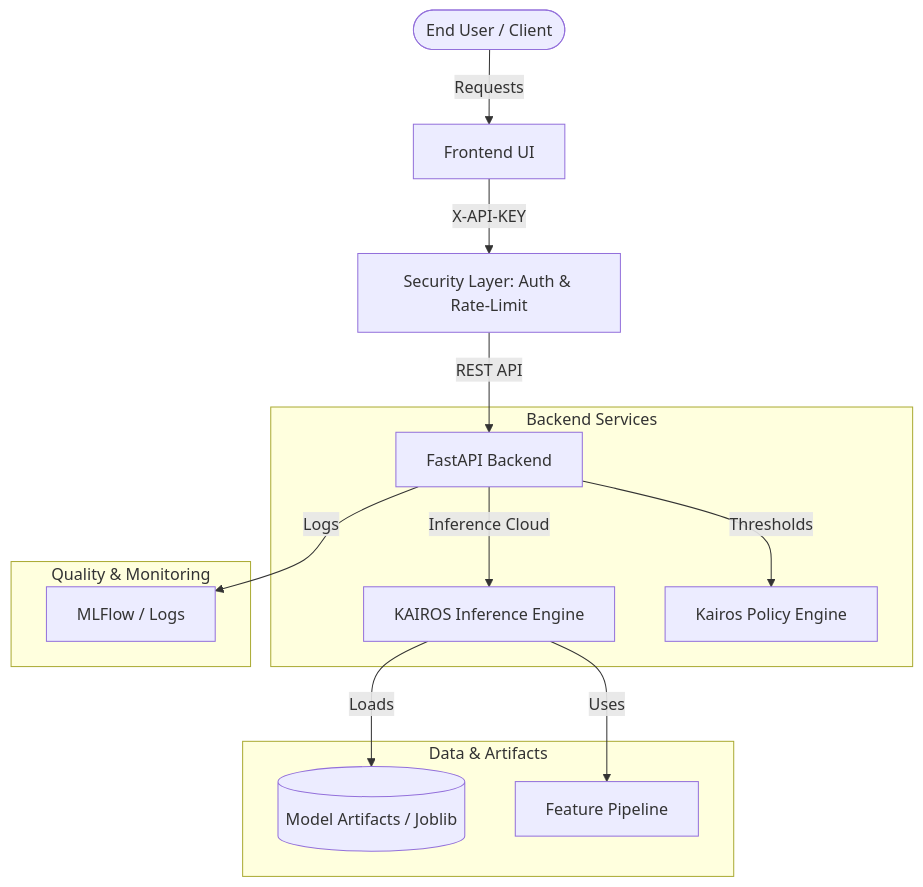
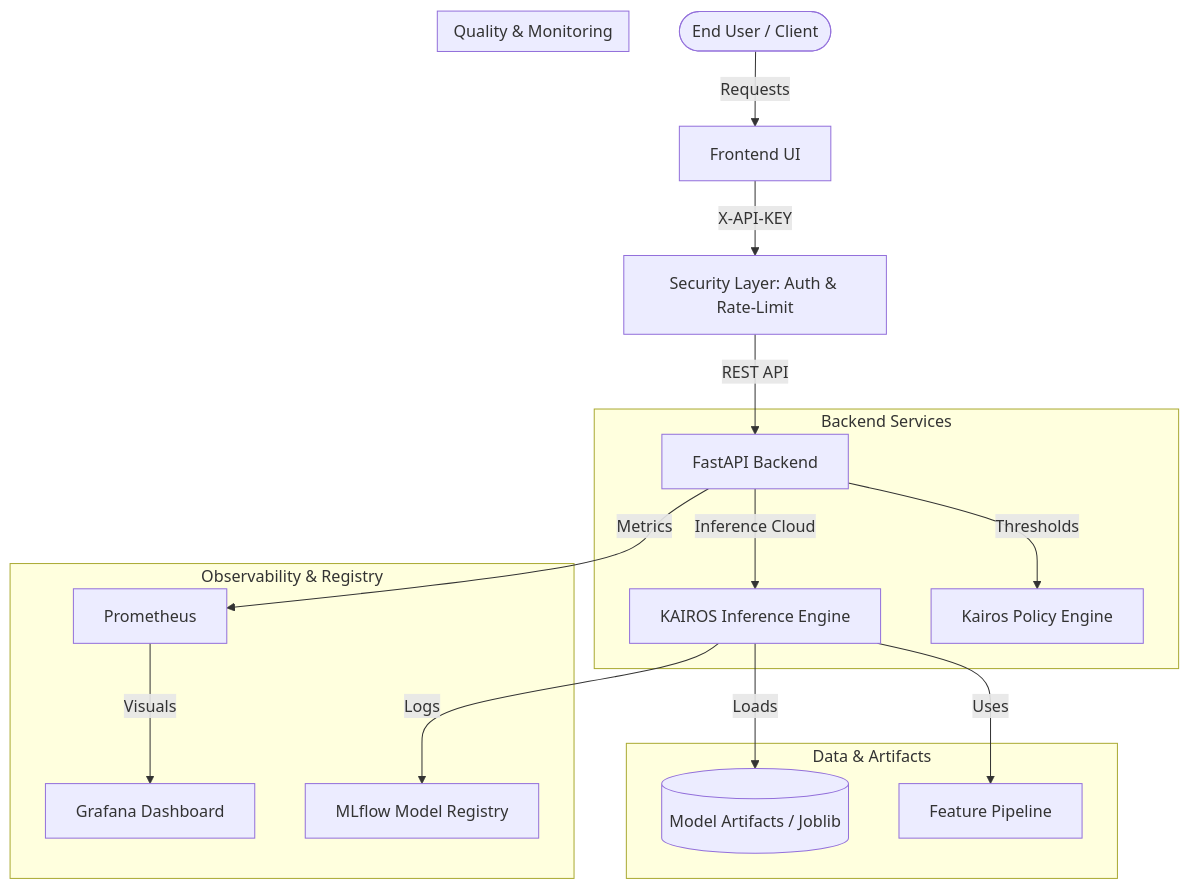
The first of 2 diagrams in docs/ARCHITECTURE.md (AbhijitMore/kairos), drawn with Mermaid before and after one commit. The commit also changed 5 other files, not shown here.

First line of the commit message:
feat: implement real-time observability with Prometheus and Grafana

````diff
--- a/docs/ARCHITECTURE.md
+++ b/docs/ARCHITECTURE.md
@@ -11,20 +11,26 @@
 ```mermaid
 graph TD
     User([End User / Client]) -->|Requests| Frontend[Frontend UI]
     Frontend -->|X-API-KEY| Security[Security Layer: Auth & Rate-Limit]
     Security -->|REST API| Backend[FastAPI Backend]
 
     subgraph "Backend Services"
         Backend -->|Inference Cloud| Engine[KAIROS Inference Engine]
         Backend -->|Thresholds| Policy[Kairos Policy Engine]
     end
 
     subgraph "Data & Artifacts"
         Engine -->|Loads| Artifacts[(Model Artifacts / Joblib)]
         Engine -->|Uses| Pipeline[Feature Pipeline]
     end
 
+    subgraph "Observability & Registry"
+        Backend -->|Metrics| Prometheus[Prometheus]
+        Prometheus -->|Visuals| Grafana[Grafana Dashboard]
+        Engine -->|Logs| MLflow[MLflow Model Registry]
+    end
+
     subgraph "Quality & Monitoring"
-        Backend -->|Logs| Tracker[MLFlow / Logs]
+
     end
 ```
````
